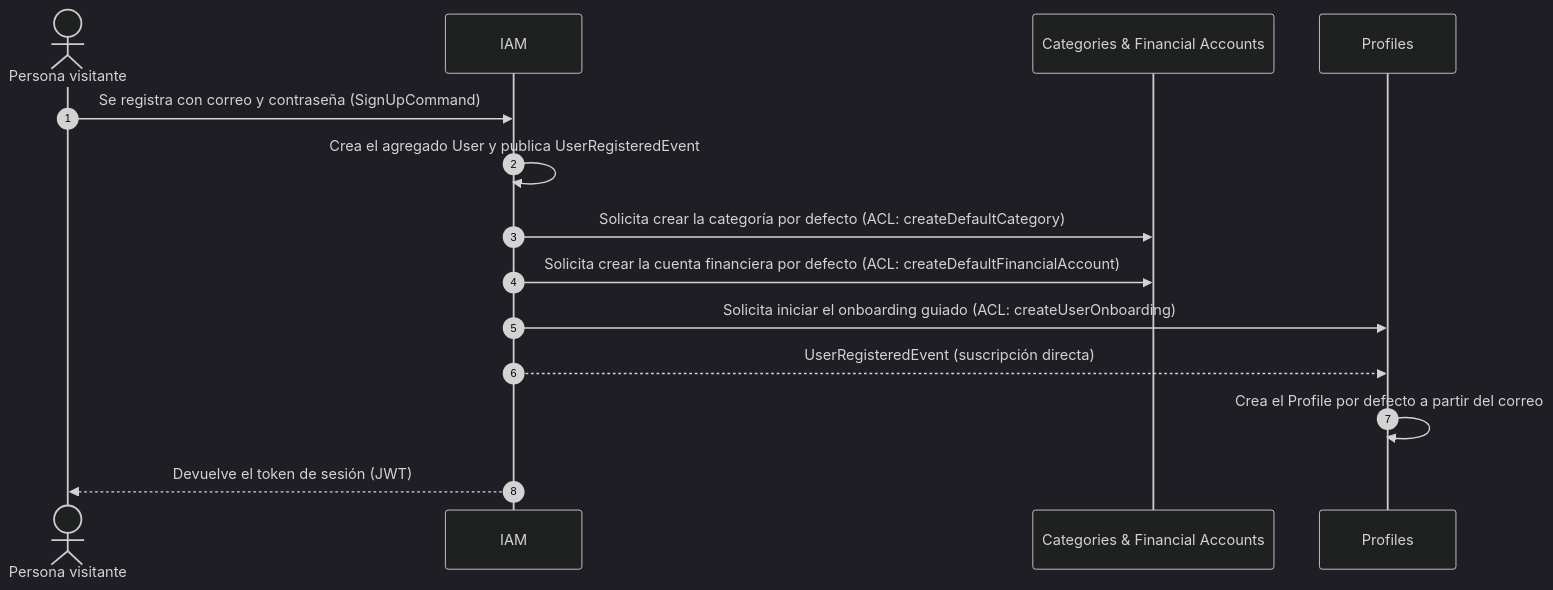
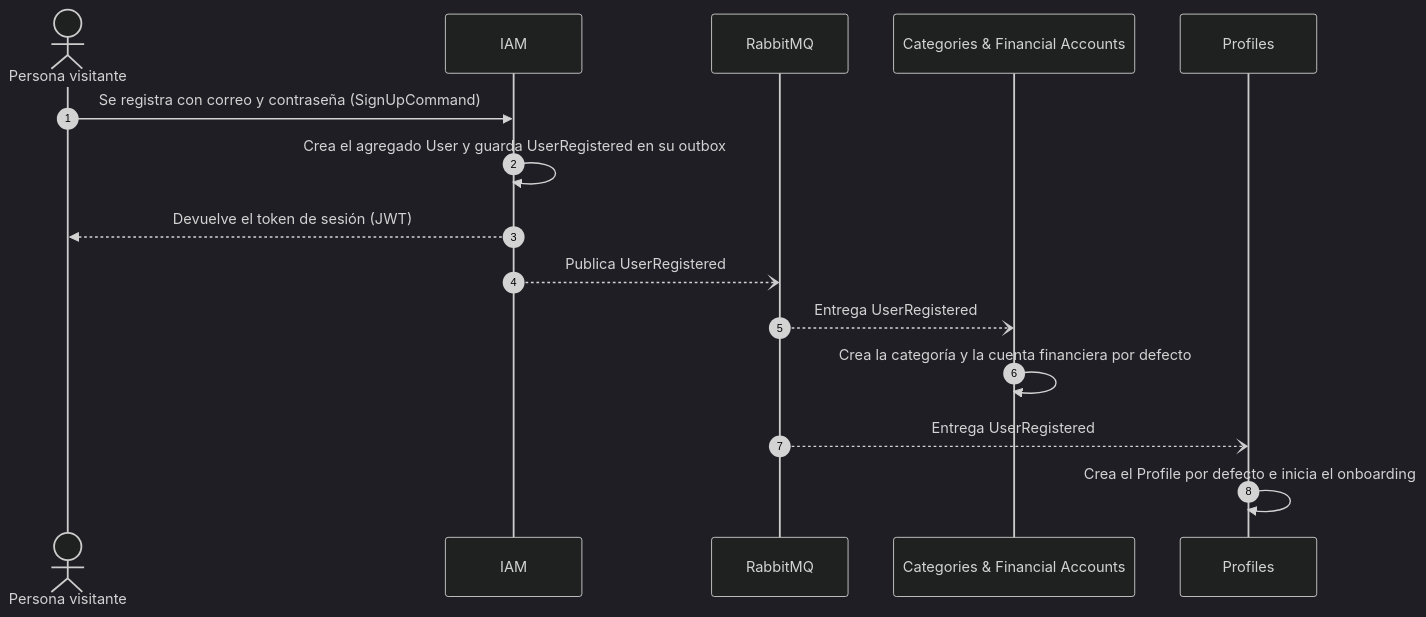
One commit to G3-Arquitectura-de-Software-Emergentes/TF_1ASI0728_202620_TF changed the first of 7 diagrams in docs/04-cha04-strategic-level-software-design.md. Above: the diagram before and after it, drawn with Mermaid (dark theme). The commit also changed other lines of this file and 18 other files, not shown here.

````diff
--- a/docs/04-cha04-strategic-level-software-design.md
+++ b/docs/04-cha04-strategic-level-software-design.md
@@ -614,16 +644,17 @@
 ```mermaid
 sequenceDiagram
     autonumber
     actor V as Persona visitante
     participant IAM as IAM
+    participant MQ as RabbitMQ
     participant CAT as Categories & Financial Accounts
     participant PRO as Profiles
     V->>IAM: Se registra con correo y contraseña (SignUpCommand)
-    IAM->>IAM: Crea el agregado User y publica UserRegisteredEvent
-    IAM->>CAT: Solicita crear la categoría por defecto (ACL: createDefaultCategory)
-    IAM->>CAT: Solicita crear la cuenta financiera por defecto (ACL: createDefaultFinancialAccount)
-    IAM->>PRO: Solicita iniciar el onboarding guiado (ACL: createUserOnboarding)
-    IAM-->>PRO: UserRegisteredEvent (suscripción directa)
-    PRO->>PRO: Crea el Profile por defecto a partir del correo
+    IAM->>IAM: Crea el agregado User y guarda UserRegistered en su outbox
     IAM-->>V: Devuelve el token de sesión (JWT)
+    IAM--)MQ: Publica UserRegistered
+    MQ--)CAT: Entrega UserRegistered
+    CAT->>CAT: Crea la categoría y la cuenta financiera por defecto
+    MQ--)PRO: Entrega UserRegistered
+    PRO->>PRO: Crea el Profile por defecto e inicia el onboarding
 ```
````
